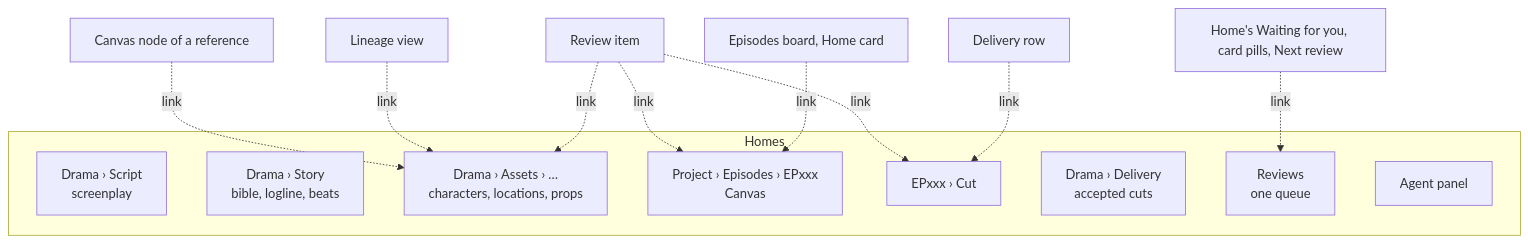
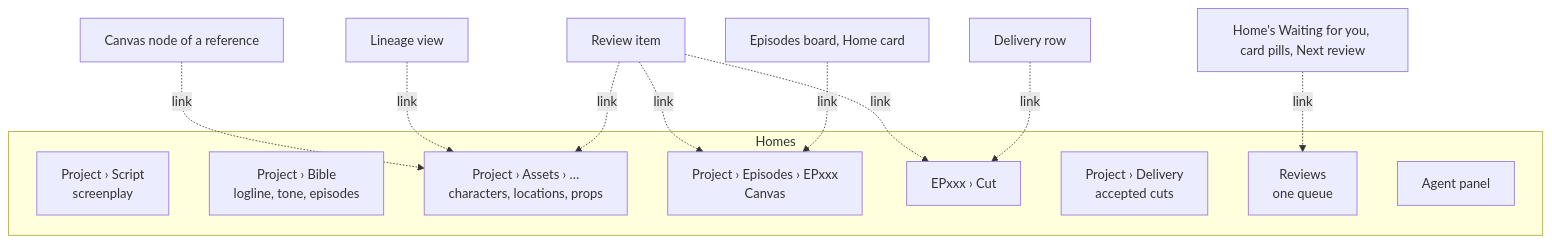
One commit to PineComputer/open-pinedrama changed the second of 7 diagrams in docs/design-principles.md. Above: the diagram before and after it, drawn with Mermaid. The commit also changed other lines of this file and 4 other files, not shown here.

First line of the commit message:
docs: Codex round 4, C: Bible and Canvas in the active docs' diagrams and D64's mapping; screenplay validate in SPEC

````diff
--- a/docs/design-principles.md
+++ b/docs/design-principles.md
@@ -137,21 +137,21 @@
 ```mermaid
 flowchart TB
   subgraph Homes
-    Script["Drama › Script<br/>screenplay"]
-    Story["Drama › Story<br/>bible, logline, beats"]
-    Assets["Drama › Assets › …<br/>characters, locations, props"]
+    Script["Project › Script<br/>screenplay"]
+    Bible["Project › Bible<br/>logline, tone, episodes"]
+    Assets["Project › Assets › …<br/>characters, locations, props"]
     Episode["Project › Episodes › EPxxx<br/>Canvas"]
     Cut["EPxxx › Cut"]
-    Delivery["Drama › Delivery<br/>accepted cuts"]
+    Delivery["Project › Delivery<br/>accepted cuts"]
     Reviews["Reviews<br/>one queue"]
     Agent["Agent panel"]
   end
   Node["Canvas node of a reference"] -.link.-> Assets
   Lineage["Lineage view"] -.link.-> Assets
   ReviewItem["Review item"] -.link.-> Assets
   ReviewItem -.link.-> Episode
   ReviewItem -.link.-> Cut
   Board["Episodes board, Home card"] -.link.-> Episode
   DeliveryRow["Delivery row"] -.link.-> Cut
   Preview["Home's Waiting for you, card pills, Next review"] -.link.-> Reviews
 ```
````
